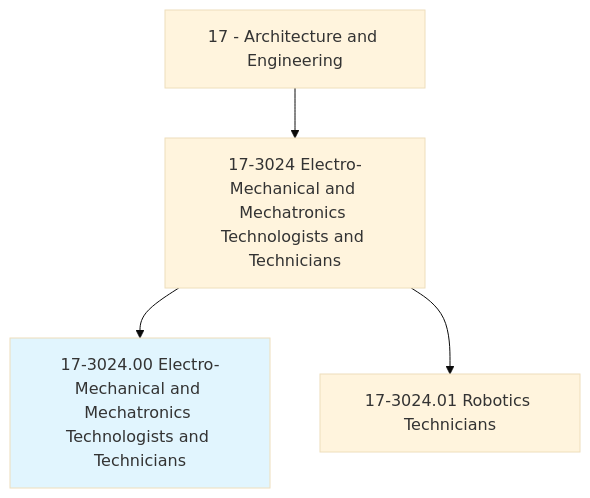
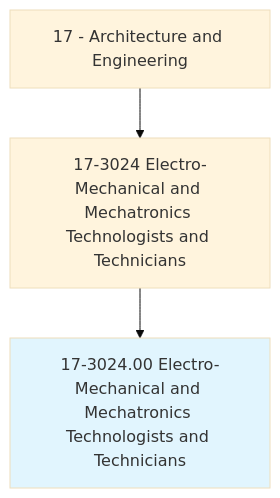
The first of 4 diagrams in occupations/Architecture/ElectroMechanicalAndMechatronicsTechnologistsAndTechnicians.mdx (kziemski/business.org.ai), drawn with Mermaid (base theme) before and after one commit. The commit also changed other lines of this file and 938 other files, not shown here.

````diff
--- a/occupations/Architecture/ElectroMechanicalAndMechatronicsTechnologistsAndTechnicians.mdx
+++ b/occupations/Architecture/ElectroMechanicalAndMechatronicsTechnologistsAndTechnicians.mdx
@@ -19,7 +23,6 @@
 ```mermaid
 graph TD
     Cat17["17 - Architecture and Engineering"] --> Group173024["17-3024 Electro-Mechanical and Mechatronics Technologists and Technicians"]
     Group173024 --> Current["17-3024.00 Electro-Mechanical and Mechatronics Technologists and Technicians"]
     style Current fill:#e1f5fe
-    Group173024 --> V17302401["17-3024.01 Robotics Technicians"]
 ```
````
